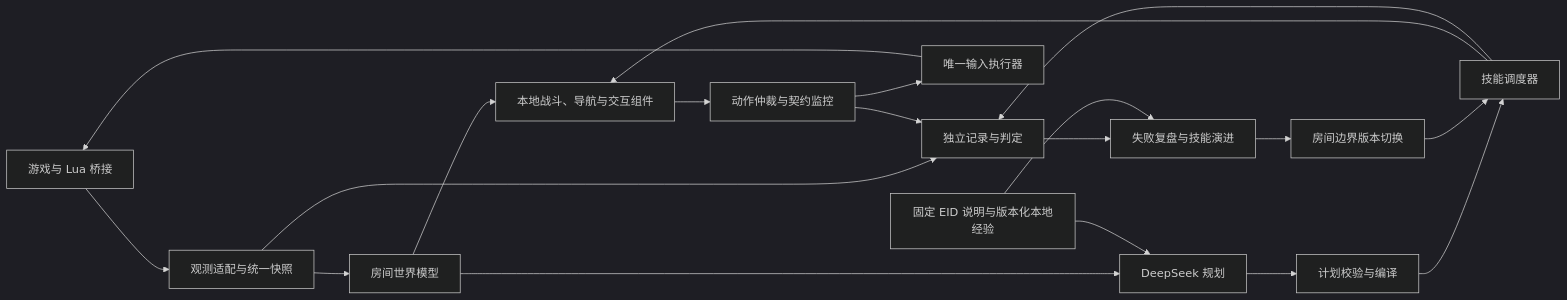
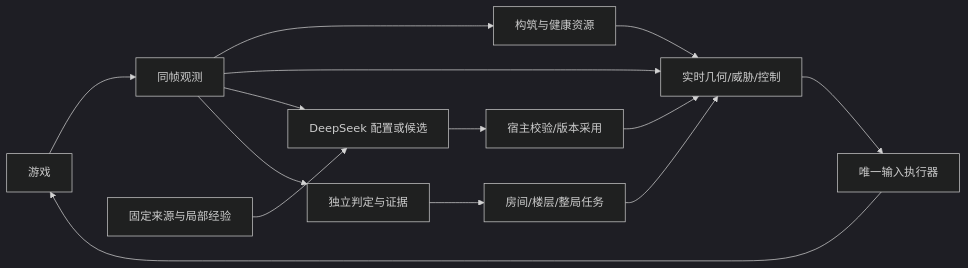
Before and after one commit to caeluswu/ai-issac: the diagram in docs/architecture-plan.zh-CN.md, drawn with Mermaid (dark theme). The commit also changed other lines of this file and 24 other files, not shown here.

Commit message:
docs: consolidate architecture and plan first-floor delivery

````diff
--- a/docs/architecture-plan.zh-CN.md
+++ b/docs/architecture-plan.zh-CN.md
@@ -21,21 +23,16 @@
 ```mermaid
 flowchart LR
-    G[游戏与 Lua 桥接] --> O[观测适配与统一快照]
-    O --> W[房间世界模型]
-    W --> C[本地战斗、导航与交互组件]
-    W --> P[DeepSeek 规划]
-    K[固定 EID 说明与版本化本地经验] --> P
-    P --> V[计划校验与编译]
-    V --> S[技能调度器]
-    S --> C
-    C --> A[动作仲裁与契约监控]
-    A --> I[唯一输入执行器]
-    I --> G
-    O --> R[独立记录与判定]
-    S --> R
-    A --> R
-    R --> E[失败复盘与技能演进]
-    K --> E
-    E --> B[房间边界版本切换]
-    B --> S
+  G[游戏] --> O[同帧观测]
+  O --> B[构筑与健康资源]
+  O --> C[实时几何/威胁/控制]
+  B --> C
+  K[固定来源与局部经验] --> P[DeepSeek 配置或候选]
+  O --> P
+  P --> V[宿主校验/版本采用]
+  V --> C
+  D[房间/楼层/整局任务] --> C
+  C --> I[唯一输入执行器]
+  I --> G
+  O --> J[独立判定与证据]
+  J --> D
 ```
````
